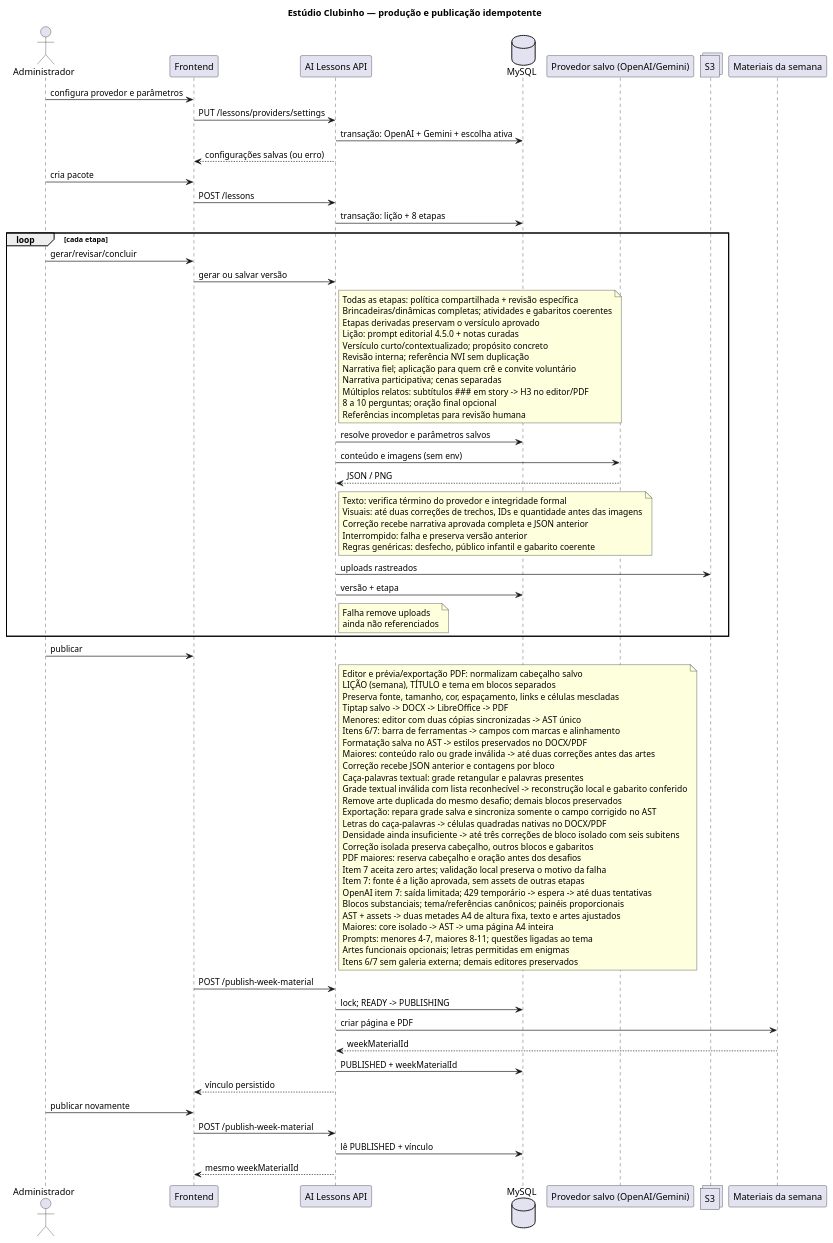
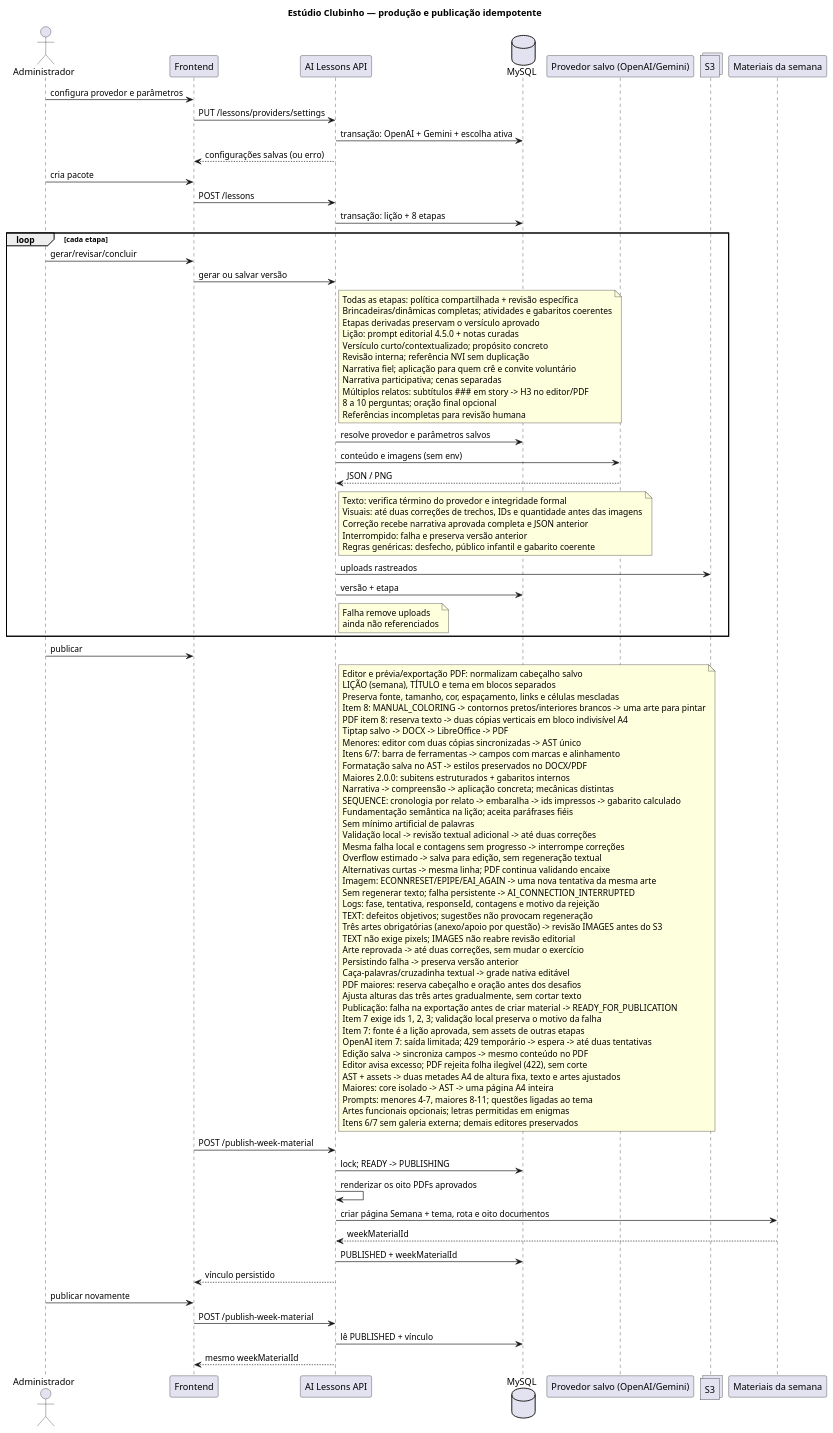
The diagram in docs/diagrams/flow/ai-lessons/ai-lessons-flow.puml (ministerioclubinhos/clubinhonib-api), drawn with PlantUML before and after one commit. The commit also changed 42 other files, not shown here.

```diff
--- a/docs/diagrams/flow/ai-lessons/ai-lessons-flow.puml
+++ b/docs/diagrams/flow/ai-lessons/ai-lessons-flow.puml
@@ -1,94 +1,109 @@
 @startuml
 title Estúdio Clubinho — produção e publicação idempotente
 actor Administrador
 participant Frontend
 participant "AI Lessons API" as API
 database MySQL
 participant "Provedor salvo (OpenAI/Gemini)" as OpenAI
 collections S3
 participant "Materiais da semana" as Week
 
 Administrador -> Frontend: configura provedor e parâmetros
 Frontend -> API: PUT /lessons/providers/settings
 API -> MySQL: transação: OpenAI + Gemini + escolha ativa
 API --> Frontend: configurações salvas (ou erro)
 
 Administrador -> Frontend: cria pacote
 Frontend -> API: POST /lessons
 API -> MySQL: transação: lição + 8 etapas
 
 loop cada etapa
   Administrador -> Frontend: gerar/revisar/concluir
   Frontend -> API: gerar ou salvar versão
   note right of API
     Todas as etapas: política compartilhada + revisão específica
     Brincadeiras/dinâmicas completas; atividades e gabaritos coerentes
     Etapas derivadas preservam o versículo aprovado
     Lição: prompt editorial 4.5.0 + notas curadas
     Versículo curto/contextualizado; propósito concreto
     Revisão interna; referência NVI sem duplicação
     Narrativa fiel; aplicação para quem crê e convite voluntário
     Narrativa participativa; cenas separadas
     Múltiplos relatos: subtítulos ### em story -> H3 no editor/PDF
     8 a 10 perguntas; oração final opcional
     Referências incompletas para revisão humana
   end note
   API -> MySQL: resolve provedor e parâmetros salvos
   API -> OpenAI: conteúdo e imagens (sem env)
   OpenAI --> API: JSON / PNG
   note right of API
     Texto: verifica término do provedor e integridade formal
     Visuais: até duas correções de trechos, IDs e quantidade antes das imagens
     Correção recebe narrativa aprovada completa e JSON anterior
     Interrompido: falha e preserva versão anterior
     Regras genéricas: desfecho, público infantil e gabarito coerente
   end note
   API -> S3: uploads rastreados
   API -> MySQL: versão + etapa
   note right of API
     Falha remove uploads
     ainda não referenciados
   end note
 end
 
 Administrador -> Frontend: publicar
 note right of API
   Editor e prévia/exportação PDF: normalizam cabeçalho salvo
   LIÇÃO (semana), TÍTULO e tema em blocos separados
   Preserva fonte, tamanho, cor, espaçamento, links e células mescladas
+  Item 8: MANUAL_COLORING -> contornos pretos/interiores brancos -> uma arte para pintar
+  PDF item 8: reserva texto -> duas cópias verticais em bloco indivisível A4
   Tiptap salvo -> DOCX -> LibreOffice -> PDF
   Menores: editor com duas cópias sincronizadas -> AST único
   Itens 6/7: barra de ferramentas -> campos com marcas e alinhamento
   Formatação salva no AST -> estilos preservados no DOCX/PDF
-  Maiores: conteúdo ralo ou grade inválida -> até duas correções antes das artes
-  Correção recebe JSON anterior e contagens por bloco
-  Caça-palavras textual: grade retangular e palavras presentes
-  Grade textual inválida com lista reconhecível -> reconstrução local e gabarito conferido
-  Remove arte duplicada do mesmo desafio; demais blocos preservados
-  Exportação: repara grade salva e sincroniza somente o campo corrigido no AST
-  Letras do caça-palavras -> células quadradas nativas no DOCX/PDF
-  Densidade ainda insuficiente -> até três correções de bloco isolado com seis subitens
-  Correção isolada preserva cabeçalho, outros blocos e gabaritos
+  Maiores 2.0.0: subitens estruturados + gabaritos internos
+  Narrativa -> compreensão -> aplicação concreta; mecânicas distintas
+  SEQUENCE: cronologia por relato -> embaralha -> ids impressos -> gabarito calculado
+  Fundamentação semântica na lição; aceita paráfrases fiéis
+  Sem mínimo artificial de palavras
+  Validação local -> revisão textual adicional -> até duas correções
+  Mesma falha local e contagens sem progresso -> interrompe correções
+  Overflow estimado -> salva para edição, sem regeneração textual
+  Alternativas curtas -> mesma linha; PDF continua validando encaixe
+  Imagem: ECONNRESET/EPIPE/EAI_AGAIN -> uma nova tentativa da mesma arte
+  Sem regenerar texto; falha persistente -> AI_CONNECTION_INTERRUPTED
+  Logs: fase, tentativa, responseId, contagens e motivo da rejeição
+  TEXT: defeitos objetivos; sugestões não provocam regeneração
+  Três artes obrigatórias (anexo/apoio por questão) -> revisão IMAGES antes do S3
+  TEXT não exige pixels; IMAGES não reabre revisão editorial
+  Arte reprovada -> até duas correções, sem mudar o exercício
+  Persistindo falha -> preserva versão anterior
+  Caça-palavras/cruzadinha textual -> grade nativa editável
   PDF maiores: reserva cabeçalho e oração antes dos desafios
-  Item 7 aceita zero artes; validação local preserva o motivo da falha
+  Ajusta alturas das três artes gradualmente, sem cortar texto
+  Publicação: falha na exportação antes de criar material -> READY_FOR_PUBLICATION
+  Item 7 exige ids 1, 2, 3; validação local preserva o motivo da falha
   Item 7: fonte é a lição aprovada, sem assets de outras etapas
   OpenAI item 7: saída limitada; 429 temporário -> espera -> até duas tentativas
-  Blocos substanciais; tema/referências canônicos; painéis proporcionais
+  Edição salva -> sincroniza campos -> mesmo conteúdo no PDF
+  Editor avisa excesso; PDF rejeita folha ilegível (422), sem corte
   AST + assets -> duas metades A4 de altura fixa, texto e artes ajustados
   Maiores: core isolado -> AST -> uma página A4 inteira
   Prompts: menores 4-7, maiores 8-11; questões ligadas ao tema
   Artes funcionais opcionais; letras permitidas em enigmas
   Itens 6/7 sem galeria externa; demais editores preservados
 end note
 Frontend -> API: POST /publish-week-material
 API -> MySQL: lock; READY -> PUBLISHING
-API -> Week: criar página e PDF
+API -> API: renderizar os oito PDFs aprovados
+API -> Week: criar página Semana + tema, rota e oito documentos
 Week --> API: weekMaterialId
 API -> MySQL: PUBLISHED + weekMaterialId
 API --> Frontend: vínculo persistido
 
 Administrador -> Frontend: publicar novamente
 Frontend -> API: POST /publish-week-material
 API -> MySQL: lê PUBLISHED + vínculo
 API --> Frontend: mesmo weekMaterialId
 @enduml
```
